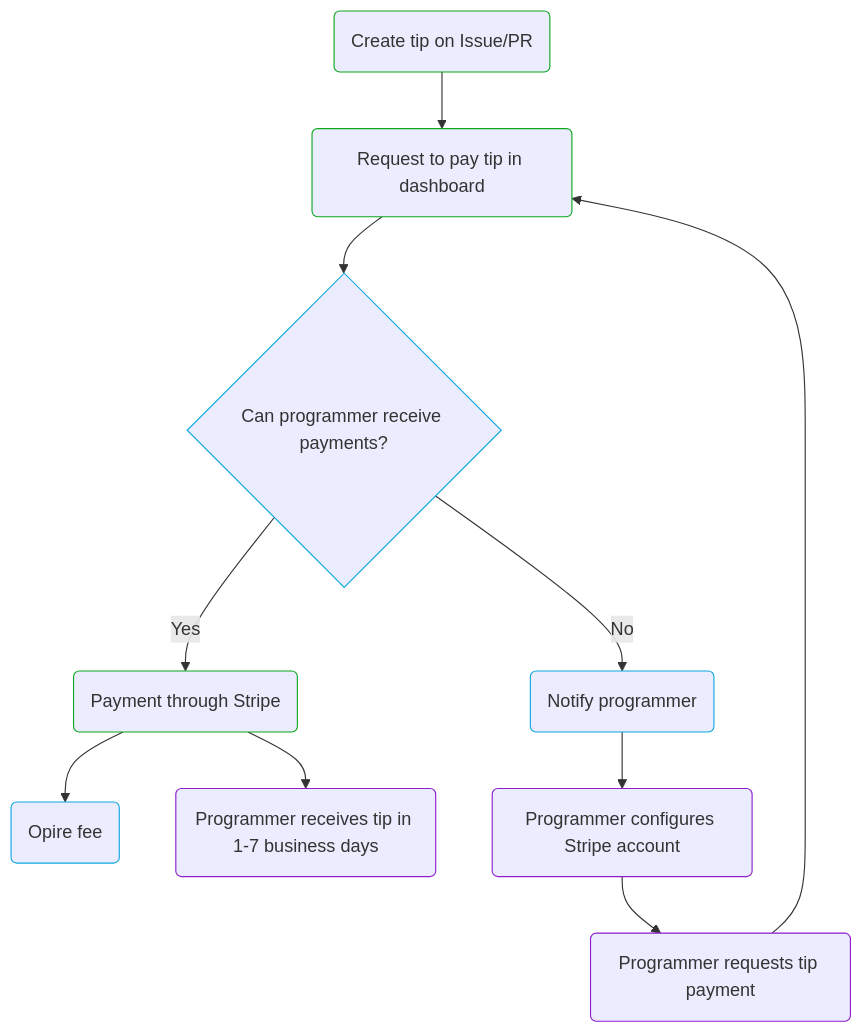
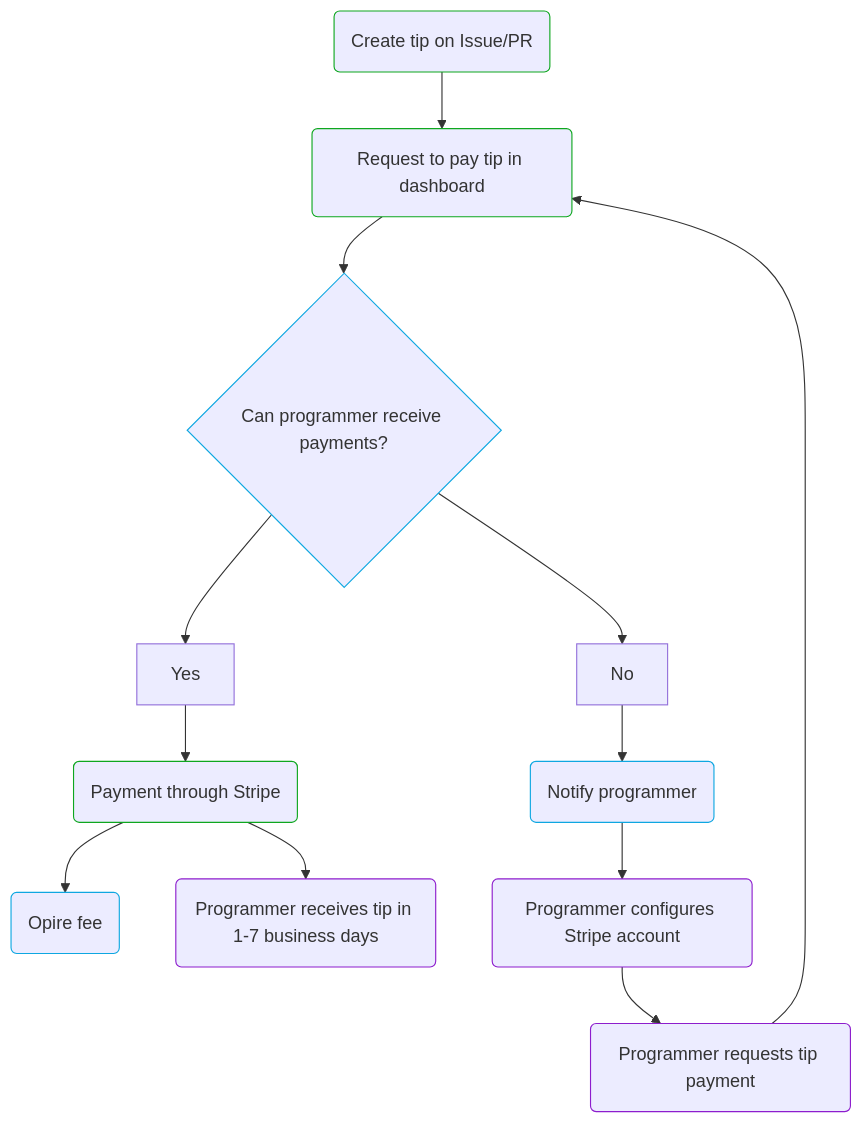
Before and after one commit to Opire/docs: the second of 2 diagrams in pages/tips/lifecycle.en.mdx, drawn with Mermaid. The commit also changed 1 other file, not shown here.

Commit message:
improve diagram

````diff
--- a/pages/tips/lifecycle.en.mdx
+++ b/pages/tips/lifecycle.en.mdx
@@ -23,15 +23,15 @@
 ```mermaid
 flowchart TD
     classDef opire stroke:#0EA7E1
     classDef creator stroke:#0EA71F
     classDef programmer stroke:#8D1DCD
     A(Create tip on Issue/PR):::creator --> B(Request to pay tip in dashboard):::creator
     B --> C{Can programmer receive payments?}:::opire
-    C -->|Yes| E(Payment through Stripe):::creator
+    C --> Yes --> E(Payment through Stripe):::creator
     E --> F(Opire fee):::opire
     E --> G(Programmer receives tip in 1-7 business days):::programmer
-    C -->|No| D(Notify programmer):::opire
+    C --> No --> D(Notify programmer):::opire
     D --> H(Programmer configures Stripe account):::programmer
     H --> I(Programmer requests tip payment):::programmer
     I --> B
 ```
````
